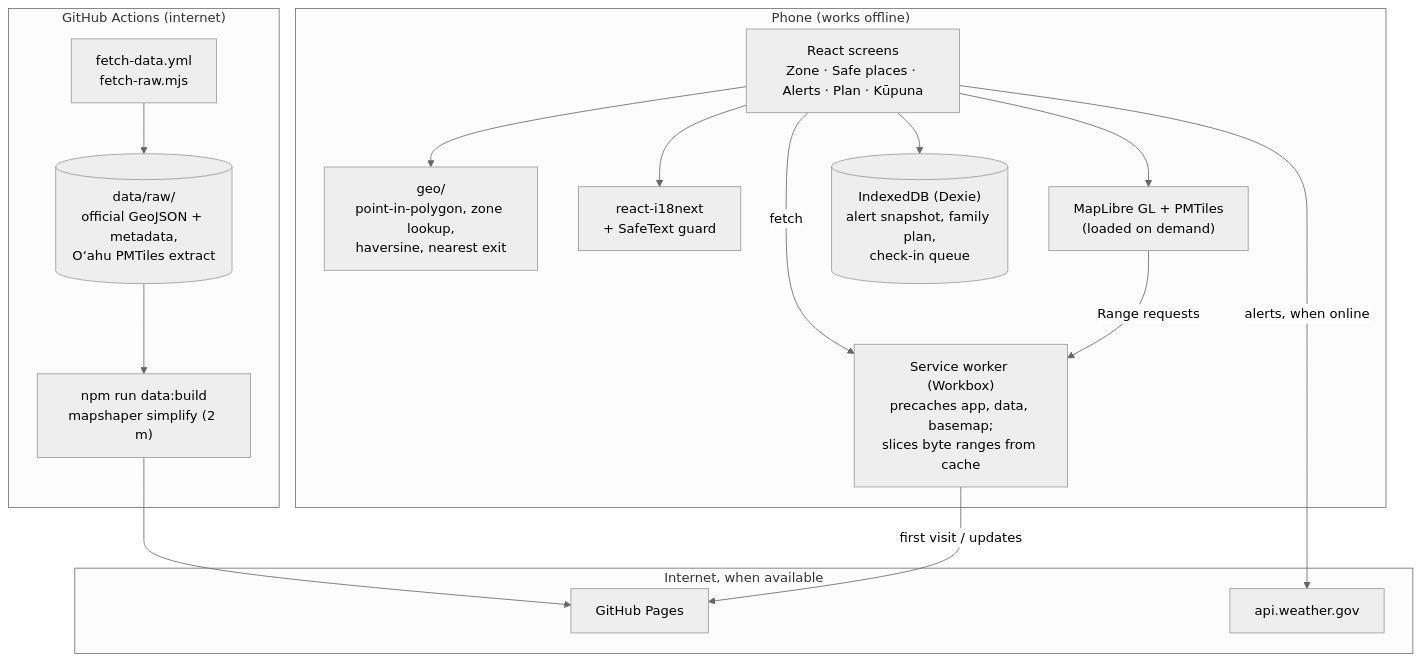
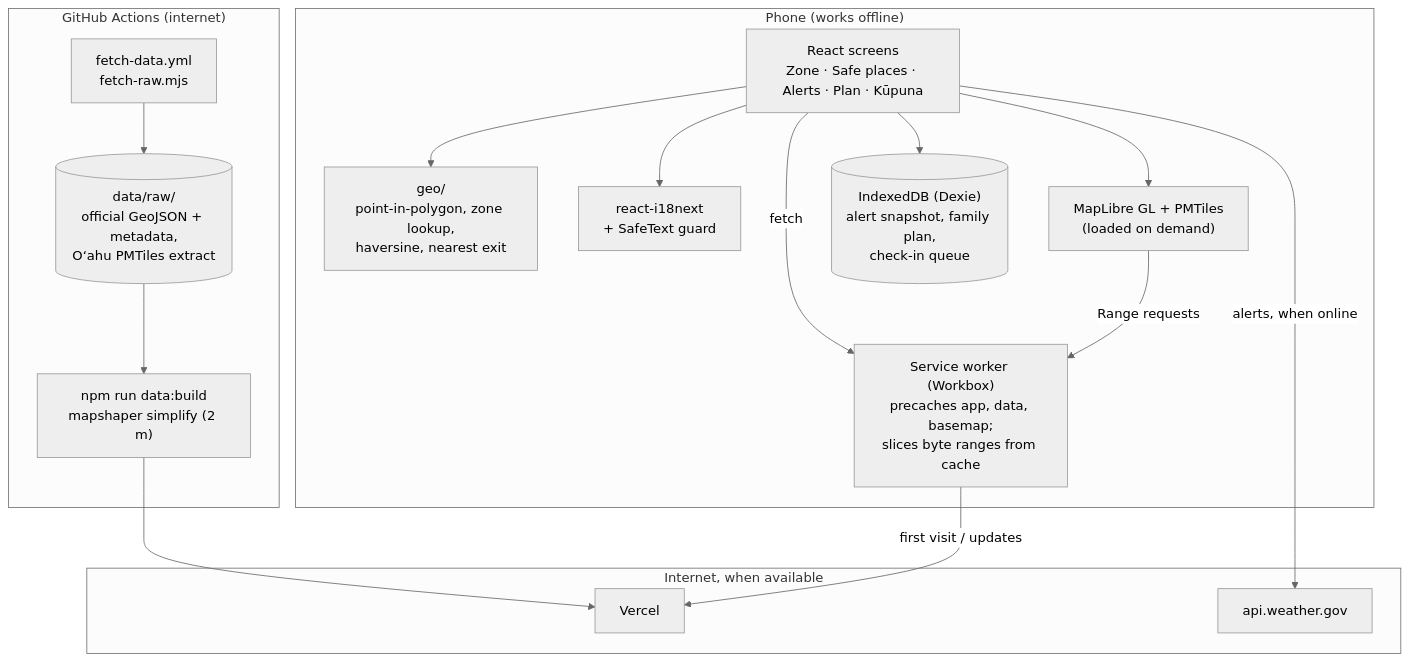
Before and after one commit to skylorchan/congressionalappchallenge: the diagram in README.md, drawn with Mermaid (neutral theme). The commit also changed other lines of this file and 8 other files, not shown here.

````diff
--- a/README.md
+++ b/README.md
@@ -56,30 +56,30 @@
 ```mermaid
 flowchart TD
   subgraph Build["GitHub Actions (internet)"]
     FETCH["fetch-data.yml<br/>fetch-raw.mjs"]
     RAW[("data/raw/<br/>official GeoJSON + metadata,<br/>Oʻahu PMTiles extract")]
     BUILD["npm run data:build<br/>mapshaper simplify (2 m)"]
     FETCH --> RAW --> BUILD
   end
   subgraph Device["Phone (works offline)"]
     UI["React screens<br/>Zone · Safe places · Alerts · Plan · Kūpuna"]
     GEO["geo/<br/>point-in-polygon, zone lookup,<br/>haversine, nearest exit"]
     I18N["react-i18next<br/>+ SafeText guard"]
     MAP["MapLibre GL + PMTiles<br/>(loaded on demand)"]
     DB[("IndexedDB (Dexie)<br/>alert snapshot, family plan,<br/>check-in queue")]
     SW["Service worker (Workbox)<br/>precaches app, data, basemap;<br/>slices byte ranges from cache"]
   end
   subgraph Net["Internet, when available"]
-    PAGES["GitHub Pages"]
+    PAGES["Vercel"]
     NWS["api.weather.gov"]
   end
   BUILD --> PAGES
   UI --> GEO
   UI --> I18N
   UI --> MAP
   UI --> DB
   UI -- fetch --> SW
   MAP -- "Range requests" --> SW
   SW -- "first visit / updates" --> PAGES
   UI -- "alerts, when online" --> NWS
 ```
````
